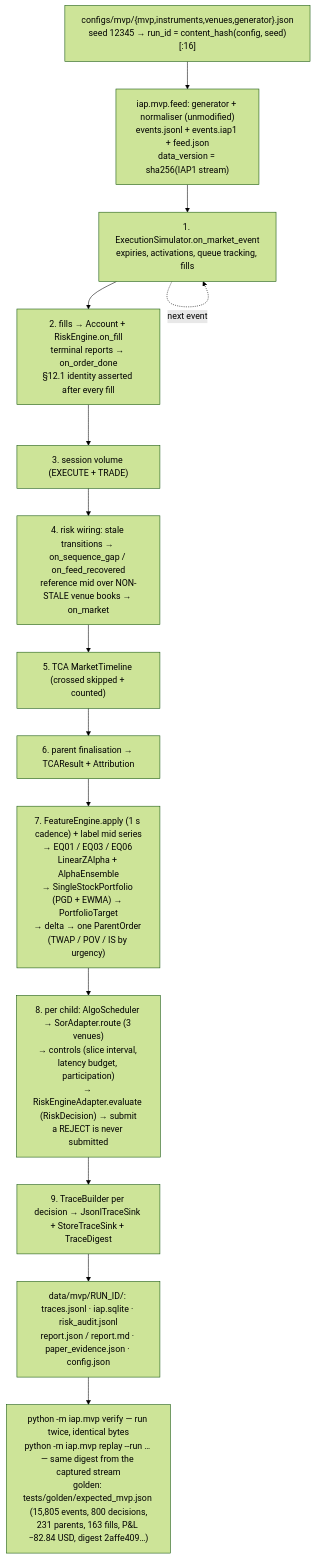
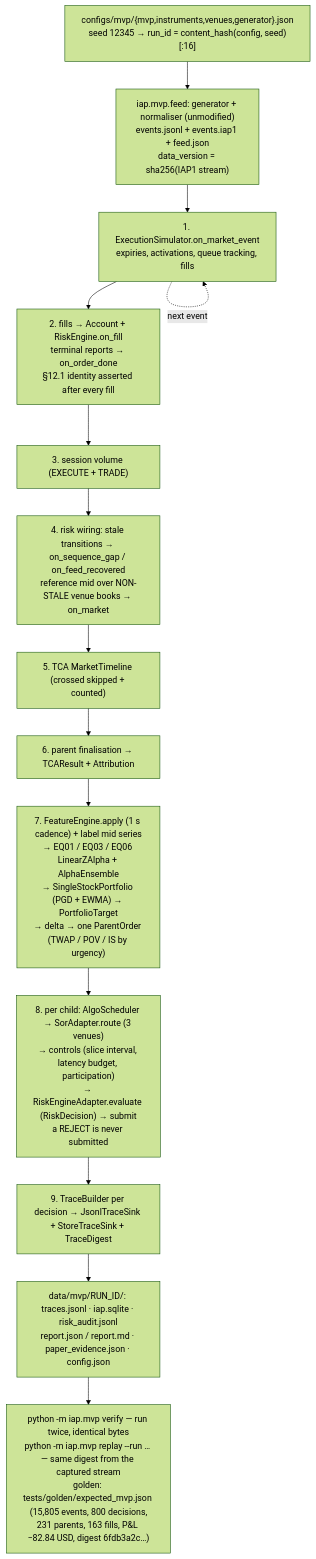
Before and after one commit to AshJha0/intraday-alpha-platform: the diagram in docs/diagrams/mvp_loop.mmd, drawn with Mermaid (forest theme). The commit also changed 18 other files, not shown here.

```diff
--- a/docs/diagrams/mvp_loop.mmd
+++ b/docs/diagrams/mvp_loop.mmd
@@ -1,15 +1,15 @@
 flowchart TD
     %% python -m iap.mvp run — docs/MVP.md §3; per-event order of MvpEngine.on_event.
     CFG["configs/mvp/{mvp,instruments,venues,generator}.json<br/>seed 12345 → run_id = content_hash(config, seed)[:16]"] --> FEED["iap.mvp.feed: generator + normaliser (unmodified)<br/>events.jsonl + events.iap1 + feed.json<br/>data_version = sha256(IAP1 stream)"]
     FEED --> SIM["1. ExecutionSimulator.on_market_event<br/>expiries, activations, queue tracking, fills"]
     SIM --> ACC["2. fills → Account + RiskEngine.on_fill<br/>terminal reports → on_order_done<br/>§12.1 identity asserted after every fill"]
     ACC --> VOL["3. session volume (EXECUTE + TRADE)"]
     VOL --> MARK["4. risk wiring: stale transitions → on_sequence_gap / on_feed_recovered<br/>reference mid over NON-STALE venue books → on_market"]
     MARK --> TL["5. TCA MarketTimeline (crossed skipped + counted)"]
     TL --> FIN["6. parent finalisation → TCAResult + Attribution"]
     FIN --> FEAT["7. FeatureEngine.apply (1 s cadence) + label mid series<br/>→ EQ01 / EQ03 / EQ06 LinearZAlpha + AlphaEnsemble<br/>→ SingleStockPortfolio (PGD + EWMA) → PortfolioTarget<br/>→ delta → one ParentOrder (TWAP / POV / IS by urgency)"]
     FEAT --> CHILD["8. per child: AlgoScheduler → SorAdapter.route (3 venues)<br/>→ controls (slice interval, latency budget, participation)<br/>→ RiskEngineAdapter.evaluate (RiskDecision) → submit<br/>a REJECT is never submitted"]
     CHILD --> TRACE["9. TraceBuilder per decision → JsonlTraceSink + StoreTraceSink + TraceDigest"]
     TRACE --> OUT["data/mvp/RUN_ID/: traces.jsonl · iap.sqlite · risk_audit.jsonl<br/>report.json / report.md · paper_evidence.json · config.json"]
-    OUT --> VERIFY["python -m iap.mvp verify — run twice, identical bytes<br/>python -m iap.mvp replay --run … — same digest from the captured stream<br/>golden: tests/golden/expected_mvp.json (15,805 events, 800 decisions,<br/>231 parents, 163 fills, P&L −82.84 USD, digest 2affe409…)"]
+    OUT --> VERIFY["python -m iap.mvp verify — run twice, identical bytes<br/>python -m iap.mvp replay --run … — same digest from the captured stream<br/>golden: tests/golden/expected_mvp.json (15,805 events, 800 decisions,<br/>231 parents, 163 fills, P&L −82.84 USD, digest 6fdb3a2c…)"]
     SIM -. "next event" .-> SIM
```
